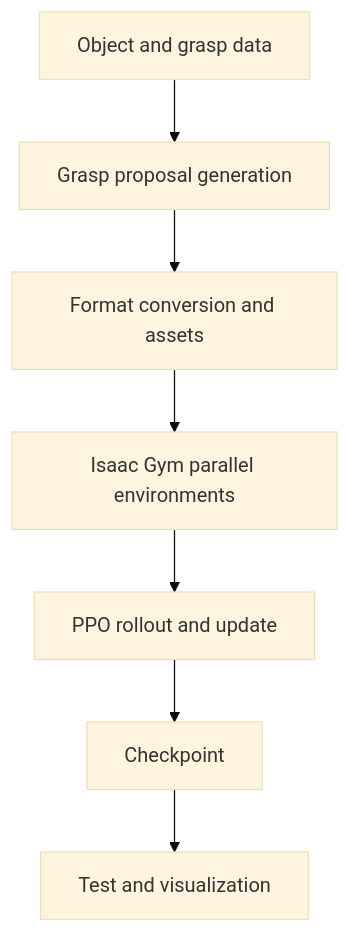
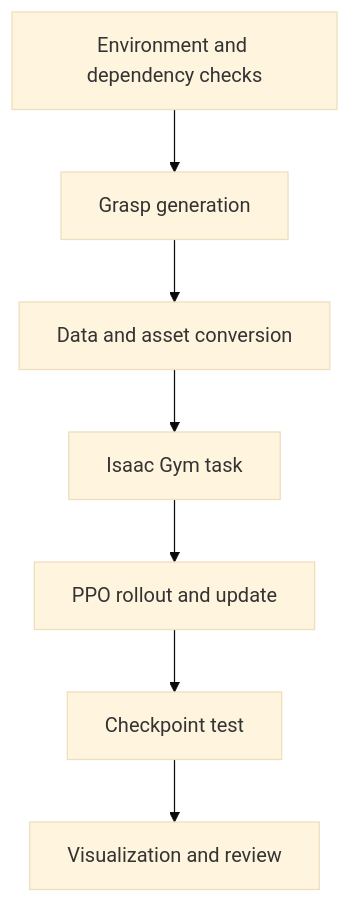
One commit to Zeil6/linkerhand-unidexgrasp-reproduction changed the diagram in README.md. Above: the diagram before and after it, drawn with Mermaid (base theme). The commit also changed other lines of this file and 8 other files, not shown here.

````diff
--- a/README.md
+++ b/README.md
@@ -34,9 +25,9 @@
 ```mermaid
 flowchart TD
-    A[Object and grasp data] --> B[Grasp proposal generation]
-    B --> C[Format conversion and assets]
-    C --> D[Isaac Gym parallel environments]
+    A[Environment and dependency checks] --> B[Grasp generation]
+    B --> C[Data and asset conversion]
+    C --> D[Isaac Gym task]
     D --> E[PPO rollout and update]
-    E --> F[Checkpoint]
-    F --> G[Test and visualization]
+    E --> F[Checkpoint test]
+    F --> G[Visualization and review]
 ```
````
